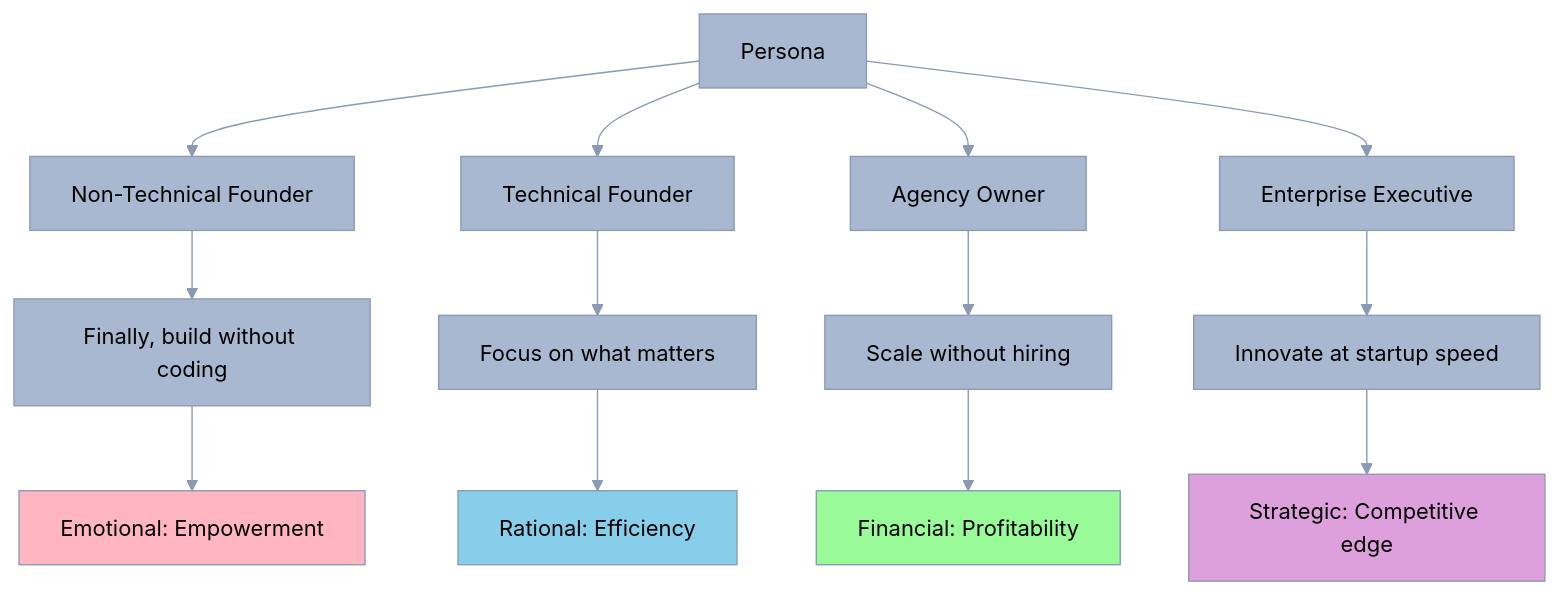
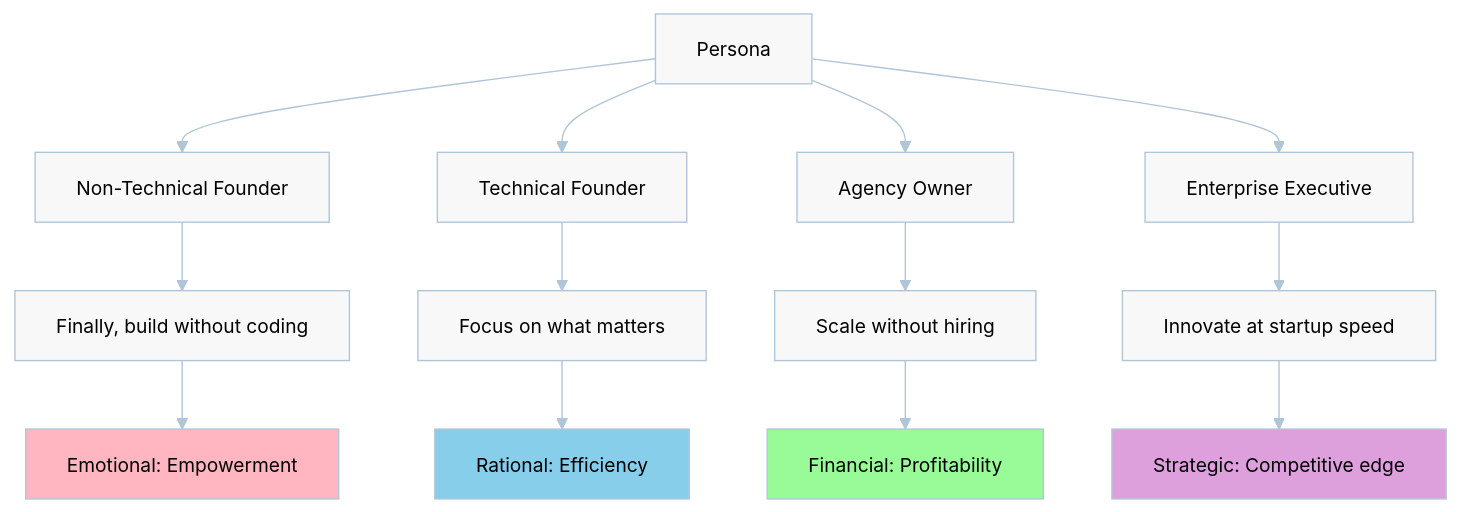
The fifth of 18 diagrams in business-documents/competitive-positioning/06-go-to-market-positioning.md (o2alexanderfedin/AI-Hive-Business-Docs), drawn with Mermaid before and after one commit. The commit also changed other lines of this file, not shown here.

First line of the commit message:
Update go-to-market positioning diagrams to lighter color scheme

````diff
--- a/business-documents/competitive-positioning/06-go-to-market-positioning.md
+++ b/business-documents/competitive-positioning/06-go-to-market-positioning.md
@@ -288,34 +312,40 @@
 ```mermaid
 %%{init: {
   'theme': 'base',
   'themeVariables': {
-    'primaryColor': '#A8B8D0',
+    'primaryColor': '#E0E8F0',
     'primaryTextColor': '#000000',
-    'primaryBorderColor': '#8A9AB2',
-    'lineColor': '#8A9AB2',
-    'secondaryColor': '#5DBCB6',
-    'tertiaryColor': '#84D4F5',
-    'background': '#F5F5F5'
+    'primaryBorderColor': '#B0C5D8',
+    'lineColor': '#B0C5D8',
+    'secondaryColor': '#D5E8E0',
+    'tertiaryColor': '#E0F0F8',
+    'background': '#FFFFFF',
+    'mainBkg': '#F8F8F8',
+    'secondBkg': '#F0F0F0',
+    'darkMode': false,
+    'fontFamily': 'Arial, sans-serif',
+    'fontSize': '14px',
+    'textColor': '#000000'
   }
 }}%%
 graph TD
     A[Persona] --> B[Non-Technical Founder]
     A --> C[Technical Founder]
     A --> D[Agency Owner]
     A --> E[Enterprise Executive]
 
     B --> B1["Finally, build without coding"]
     C --> C1["Focus on what matters"]
     D --> D1["Scale without hiring"]
     E --> E1["Innovate at startup speed"]
 
     B1 --> B2[Emotional: Empowerment]
     C1 --> C2[Rational: Efficiency]
     D1 --> D2[Financial: Profitability]
     E1 --> E2[Strategic: Competitive edge]
 
     style B2 fill:#FFB6C1,color:#000
     style C2 fill:#87CEEB,color:#000
     style D2 fill:#98FB98,color:#000
     style E2 fill:#DDA0DD,color:#000
 ```
````
